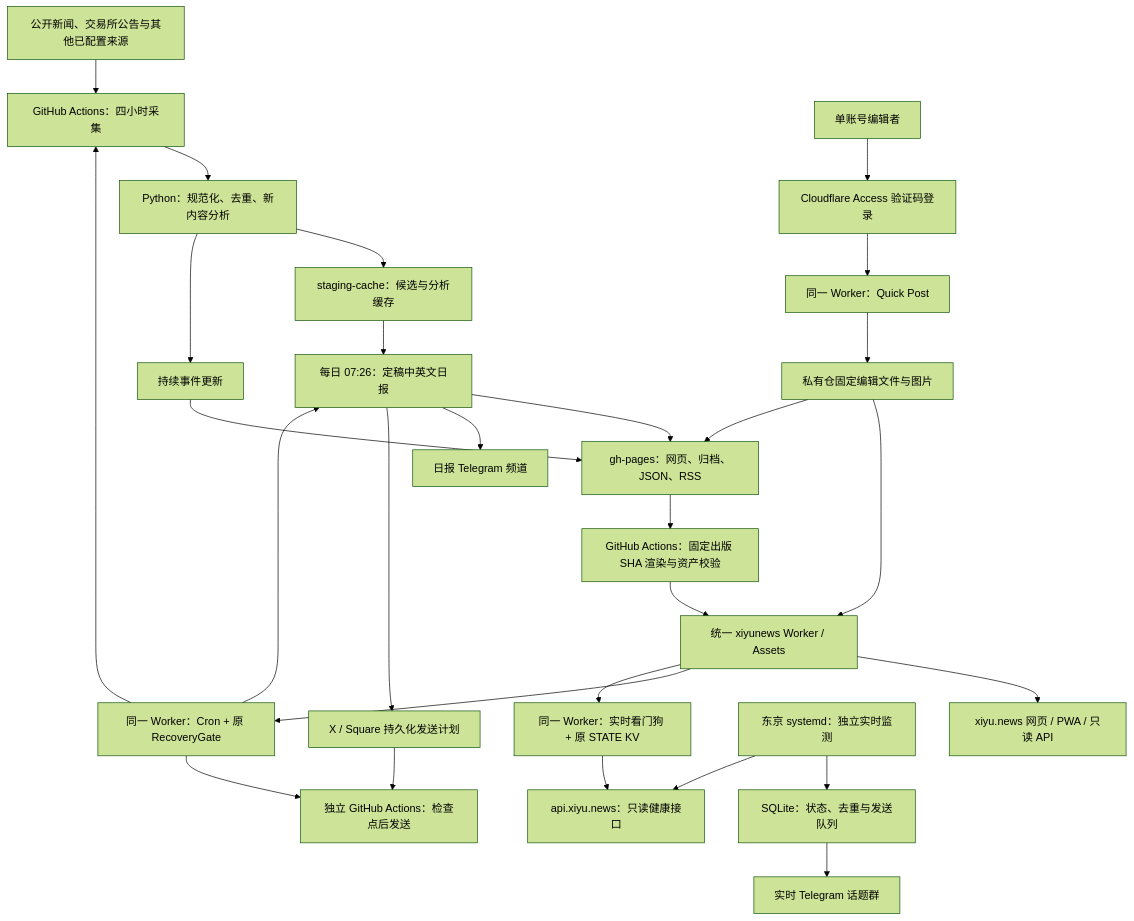
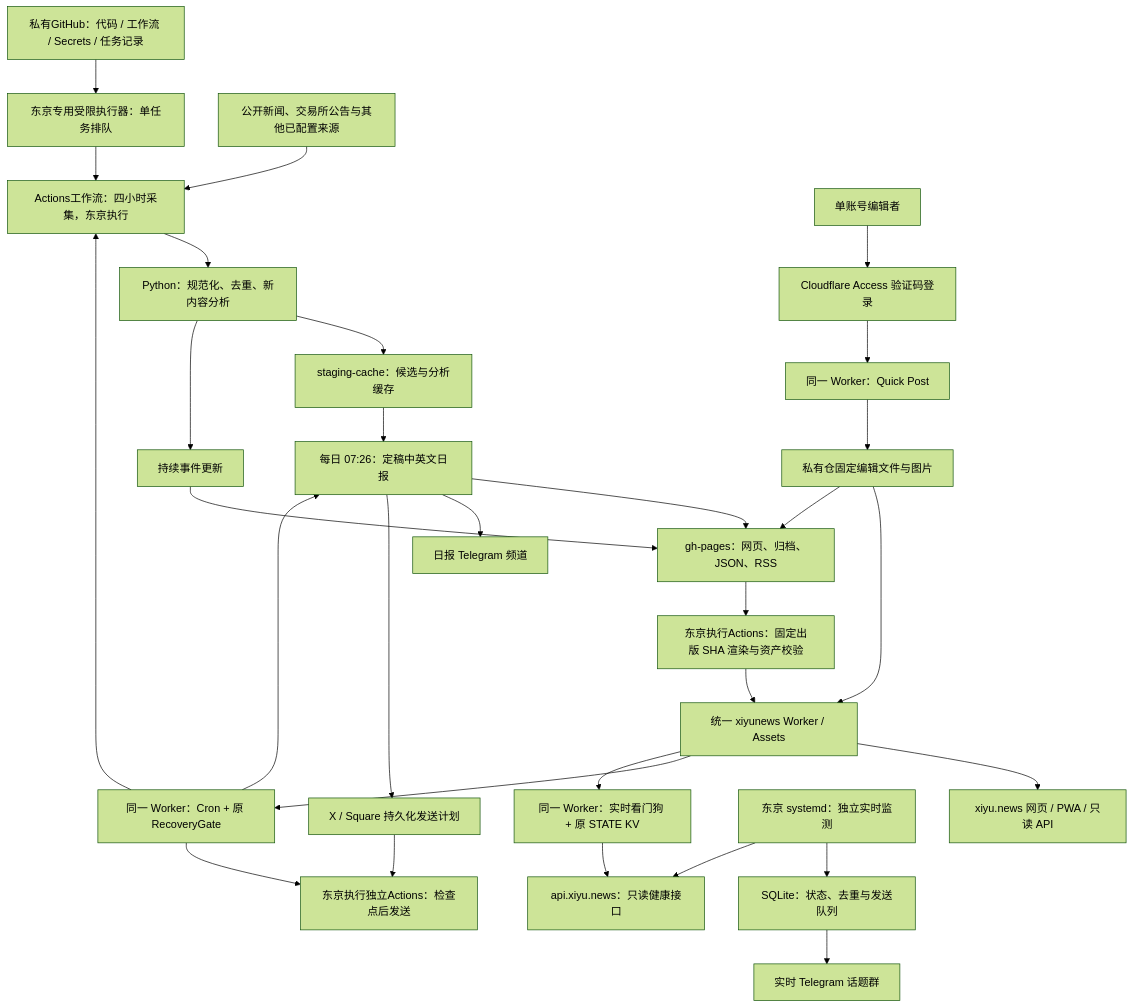
The diagram in project-docs/system-architecture.md (ohxiyu/xiyunews), drawn with Mermaid (forest theme) before and after one commit. The commit also changed other lines of this file and 6 other files, not shown here.

````diff
--- a/project-docs/system-architecture.md
+++ b/project-docs/system-architecture.md
@@ -9,30 +9,32 @@
 ```mermaid
 flowchart TD
-    Sources[公开新闻、交易所公告与其他已配置来源] --> Collection[GitHub Actions：四小时采集]
+    GitHub[私有GitHub：代码 / 工作流 / Secrets / 任务记录] --> Runner[东京专用受限执行器：单任务排队]
+    Runner --> Collection[Actions工作流：四小时采集，东京执行]
+    Sources[公开新闻、交易所公告与其他已配置来源] --> Collection
     Collection --> Analysis[Python：规范化、去重、新内容分析]
     Analysis --> Stage[staging-cache：候选与分析缓存]
     Analysis --> Events[持续事件更新]
     Stage --> Edition[每日 07:26：定稿中英文日报]
     Edition --> Published[gh-pages：网页、归档、JSON、RSS]
     Events --> Published
-    Published --> Build[GitHub Actions：固定出版 SHA 渲染与资产校验]
+    Published --> Build[东京执行Actions：固定出版 SHA 渲染与资产校验]
     Build --> Edge[统一 xiyunews Worker / Assets]
     Edge --> Readers[xiyu.news 网页 / PWA / 只读 API]
     Edition --> DailyTG[日报 Telegram 频道]
     Edition --> Plans[X / Square 持久化发送计划]
-    Plans --> Delivery[独立 GitHub Actions：检查点后发送]
+    Plans --> Delivery[东京执行独立Actions：检查点后发送]
     Edge --> Clock[同一 Worker：Cron + 原 RecoveryGate]
     Clock --> Collection
     Clock --> Edition
     Clock --> Delivery
     Owner[单账号编辑者] --> Access[Cloudflare Access 验证码登录]
     Access --> QuickPost[同一 Worker：Quick Post]
     QuickPost --> Editorial[私有仓固定编辑文件与图片]
     Editorial --> Edge
     Editorial --> Published
     Realtime[东京 systemd：独立实时监测] --> SQLite[SQLite：状态、去重与发送队列]
     SQLite --> TopicTG[实时 Telegram 话题群]
     Realtime --> ReadAPI[api.xiyu.news：只读健康接口]
     Edge --> Watchdog[同一 Worker：实时看门狗 + 原 STATE KV]
     Watchdog --> ReadAPI
 ```
````
